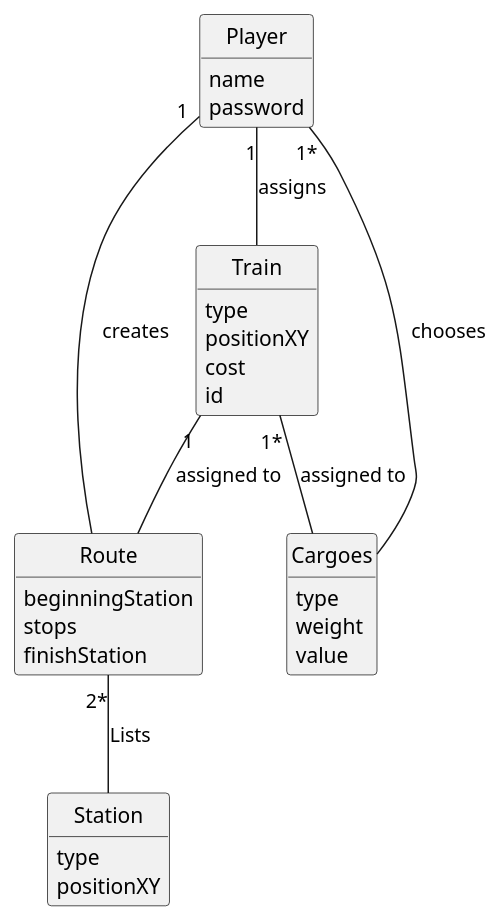
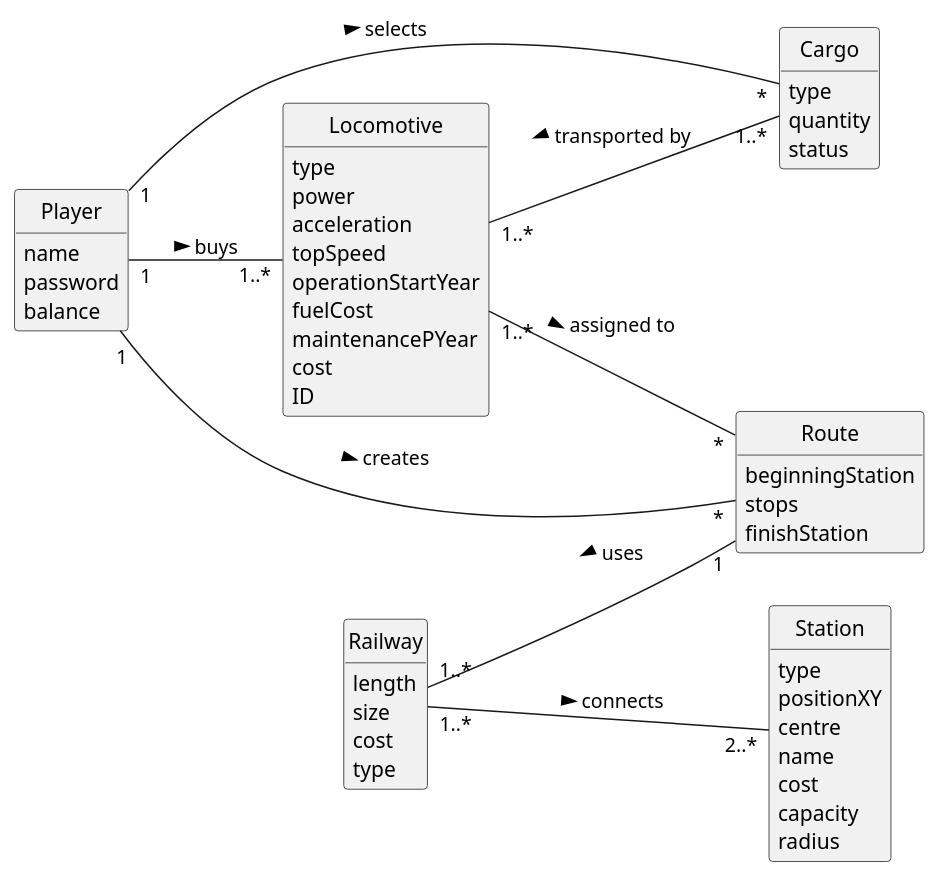
One commit to 1240935/pi2-railway-simulator changed the diagram in docsFinais/US010/02.analysis/puml/US010-DM.puml. Above: the diagram before and after it, drawn with PlantUML. The commit also changed 31 other files, not shown here.

```diff
--- a/docsFinais/US010/02.analysis/puml/US010-DM.puml
+++ b/docsFinais/US010/02.analysis/puml/US010-DM.puml
@@ -1,50 +1,67 @@
 @startuml
 skinparam monochrome true
 skinparam packageStyle rectangle
 skinparam shadowing false
-
+'skinparam linetype ortho
 'left to right direction
-
 skinparam classAttributeIconSize 0
-
 hide circle
 hide methods
 
+left to right direction
 
 class Player {
     name
     password
+    balance
 }
 
-class Train{
+class Locomotive {
     type
-    positionXY
+    power
+    acceleration
+    topSpeed
+    operationStartYear
+    fuelCost
+    maintenancePYear
     cost
-    id
+    ID
 }
 
 class Route {
     beginningStation
     stops
     finishStation
-
 }
 
 class Station {
     type
     positionXY
+    centre
+    name
+    cost
+    capacity
+    radius
 }
 
-class Cargoes{
-type
-weight
-value
+class Cargo {
+    type
+    quantity
+    status
 }
 
-Player -- Route : "1" creates
-Player -- Cargoes : "1*" chooses
-Player -- Train :"1" assigns
-Route -- Station  :"2*" Lists
-Train -- Route :"1" assigned to
-Train -- Cargoes :"1*" assigned to
+class Railway{
+    length
+    size
+    cost
+    type
+}
+
+Player "1" -- "*" Route : creates >
+Player "1" -- "*"  Cargo : selects >
+Player "1" -- "1..*" Locomotive : buys >
+Railway "1..*" -- "2..*" Station : connects >
+Locomotive "1..*" -- "*" Route : assigned to >
+Locomotive "1..*" -- "1..*" Cargo : transported by <
+Railway "1..*" -- "1" Route: uses <
 @enduml
```
